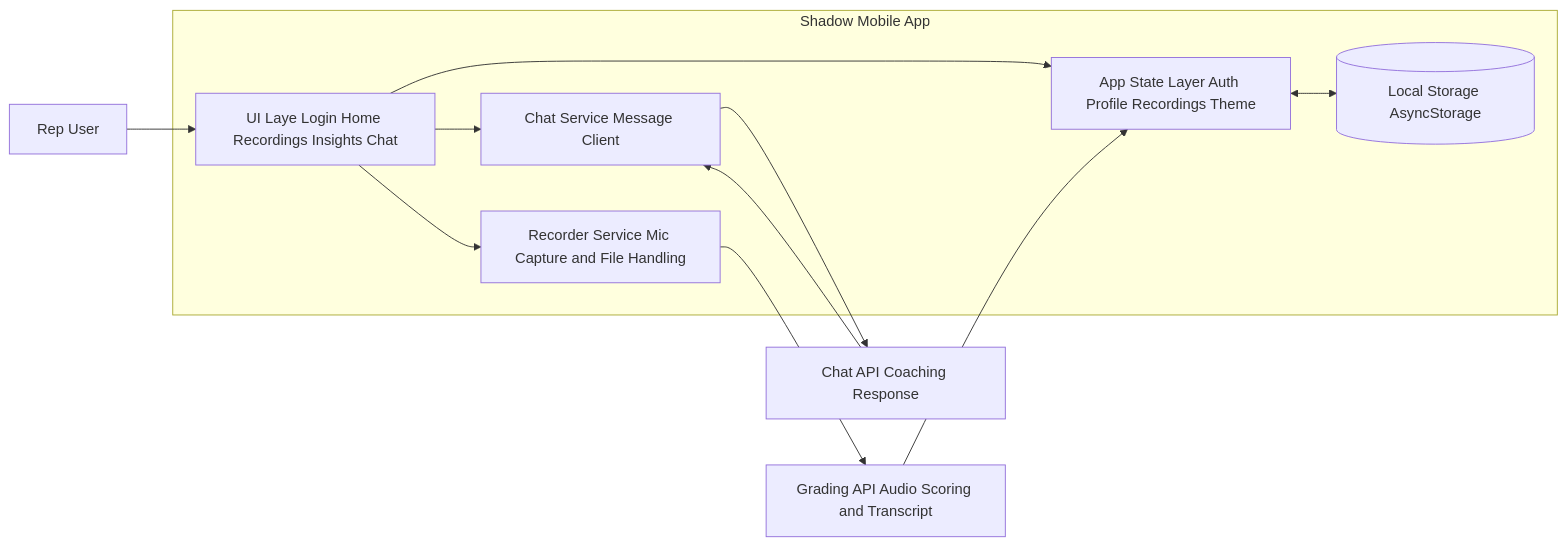
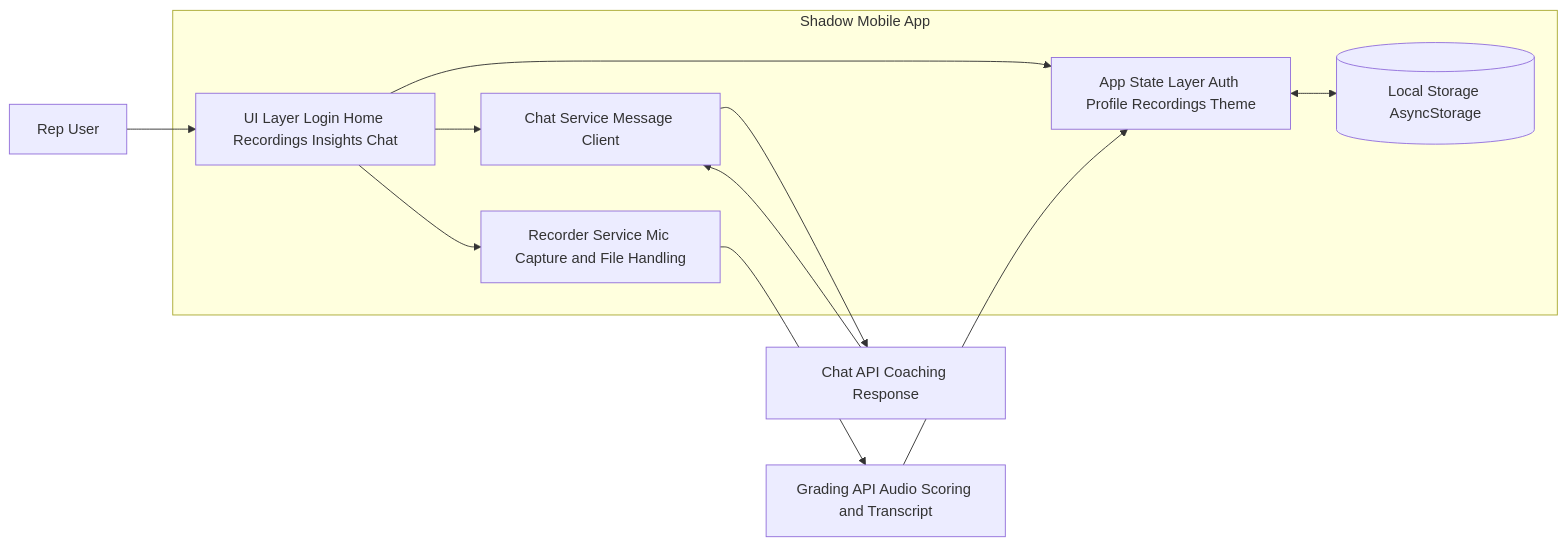
Before and after one commit to d00375828/SeniorProject: the second of 4 diagrams in docs/core-diagrams.md, drawn with Mermaid. The commit also changed other lines of this file, not shown here.

````diff
--- a/docs/core-diagrams.md
+++ b/docs/core-diagrams.md
@@ -33,25 +33,25 @@
 ```mermaid
 flowchart LR
     U[Rep User]
 
     subgraph APP[Shadow Mobile App]
-      UI[UI Laye Login Home Recordings Insights Chat]
+      UI[UI Layer Login Home Recordings Insights Chat]
       STATE[App State Layer Auth Profile Recordings Theme]
       REC[Recorder Service Mic Capture and File Handling]
       CHAT[Chat Service Message Client]
       STORE[(Local Storage AsyncStorage)]
     end
 
     GRADE[Grading API Audio Scoring and Transcript]
     CHATAPI[Chat API Coaching Response]
 
     U --> UI
     UI --> STATE
     UI --> REC
     UI --> CHAT
     STATE <--> STORE
     REC --> GRADE
     CHAT --> CHATAPI
     GRADE --> STATE
     CHATAPI --> CHAT
 ```
````
